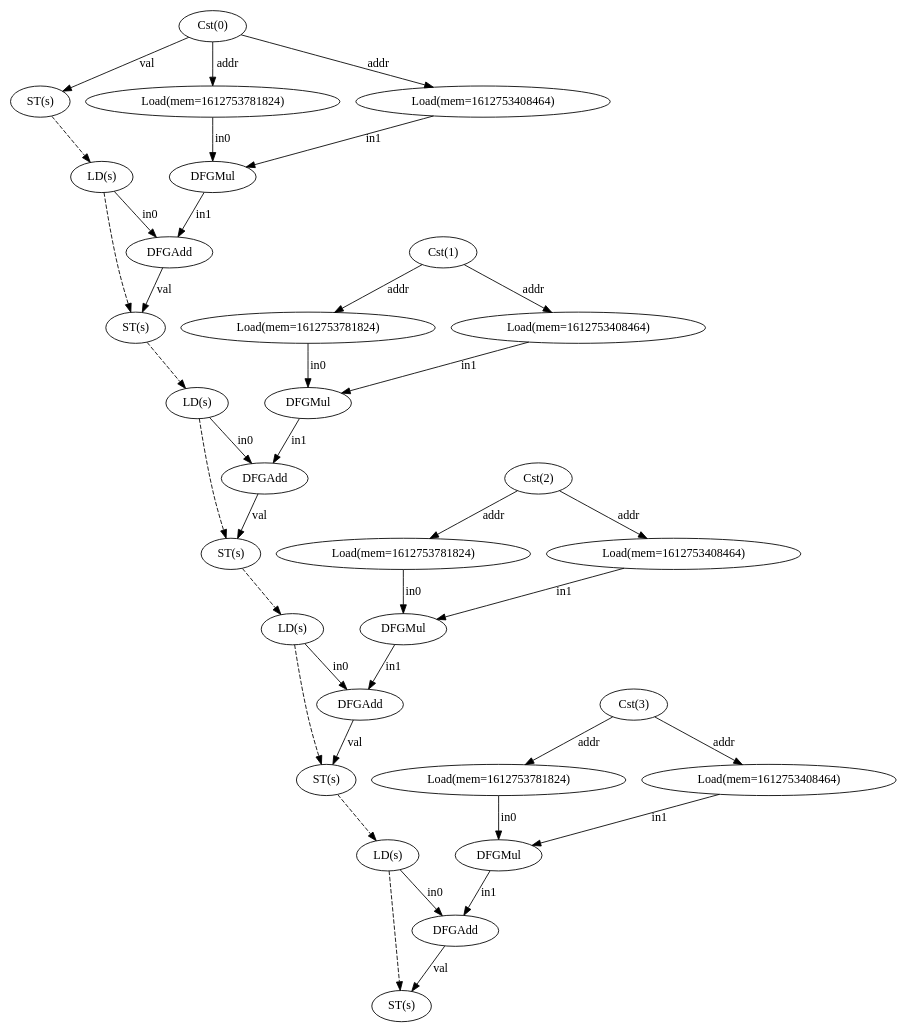
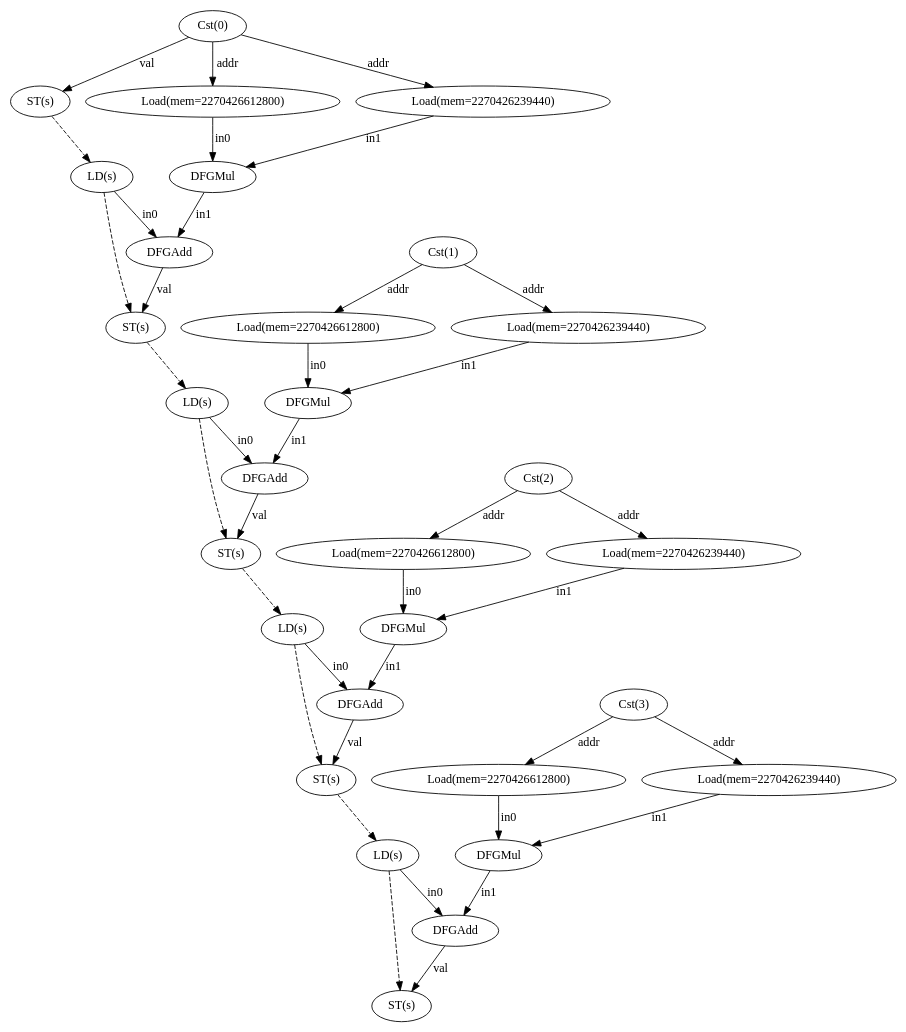
One commit to ma-carrillo/High-level-synthesis-assignment changed the diagram in test13/dfg.dot. Above: the diagram before and after it, drawn with Graphviz. The commit also changed 16 other files, not shown here.

```diff
--- a/test13/dfg.dot
+++ b/test13/dfg.dot
@@ -1,68 +1,68 @@
 digraph "dfg" {
   n0 [label="Cst(0)"];
   n1 [label="ST(s)"];
   n2 [label="LD(s)"];
-  n3 [label="Load(mem=1612753781824)"];
-  n4 [label="Load(mem=1612753408464)"];
+  n3 [label="Load(mem=2270426612800)"];
+  n4 [label="Load(mem=2270426239440)"];
   n5 [label="DFGMul"];
   n6 [label="DFGAdd"];
   n7 [label="ST(s)"];
   n8 [label="LD(s)"];
   n9 [label="Cst(1)"];
-  n10 [label="Load(mem=1612753781824)"];
-  n11 [label="Load(mem=1612753408464)"];
+  n10 [label="Load(mem=2270426612800)"];
+  n11 [label="Load(mem=2270426239440)"];
   n12 [label="DFGMul"];
   n13 [label="DFGAdd"];
   n14 [label="ST(s)"];
   n15 [label="LD(s)"];
   n16 [label="Cst(2)"];
-  n17 [label="Load(mem=1612753781824)"];
-  n18 [label="Load(mem=1612753408464)"];
+  n17 [label="Load(mem=2270426612800)"];
+  n18 [label="Load(mem=2270426239440)"];
   n19 [label="DFGMul"];
   n20 [label="DFGAdd"];
   n21 [label="ST(s)"];
   n22 [label="LD(s)"];
   n23 [label="Cst(3)"];
-  n24 [label="Load(mem=1612753781824)"];
-  n25 [label="Load(mem=1612753408464)"];
+  n24 [label="Load(mem=2270426612800)"];
+  n25 [label="Load(mem=2270426239440)"];
   n26 [label="DFGMul"];
   n27 [label="DFGAdd"];
   n28 [label="ST(s)"];
   n0 -> n1 [label="val"];
   n0 -> n3 [label="addr"];
   n0 -> n4 [label="addr"];
   n1 -> n2 [style="dashed"];
   n2 -> n6 [label="in0"];
   n2 -> n7 [style="dashed"];
   n3 -> n5 [label="in0"];
   n4 -> n5 [label="in1"];
   n5 -> n6 [label="in1"];
   n6 -> n7 [label="val"];
   n7 -> n8 [style="dashed"];
   n8 -> n13 [label="in0"];
   n8 -> n14 [style="dashed"];
   n9 -> n10 [label="addr"];
   n9 -> n11 [label="addr"];
   n10 -> n12 [label="in0"];
   n11 -> n12 [label="in1"];
   n12 -> n13 [label="in1"];
   n13 -> n14 [label="val"];
   n14 -> n15 [style="dashed"];
   n15 -> n20 [label="in0"];
   n15 -> n21 [style="dashed"];
   n16 -> n17 [label="addr"];
   n16 -> n18 [label="addr"];
   n17 -> n19 [label="in0"];
   n18 -> n19 [label="in1"];
   n19 -> n20 [label="in1"];
   n20 -> n21 [label="val"];
   n21 -> n22 [style="dashed"];
   n22 -> n27 [label="in0"];
   n22 -> n28 [style="dashed"];
   n23 -> n24 [label="addr"];
   n23 -> n25 [label="addr"];
   n24 -> n26 [label="in0"];
   n25 -> n26 [label="in1"];
   n26 -> n27 [label="in1"];
   n27 -> n28 [label="val"];
 }
```
